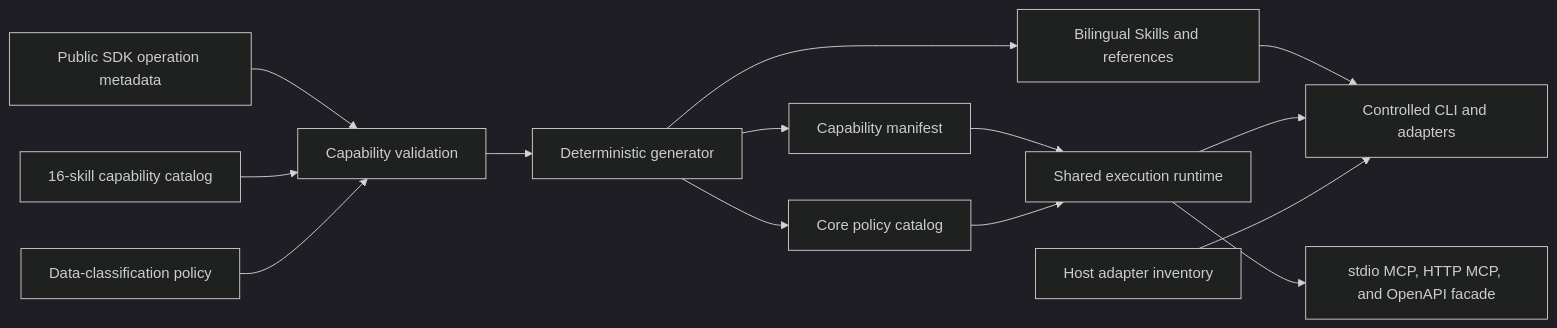
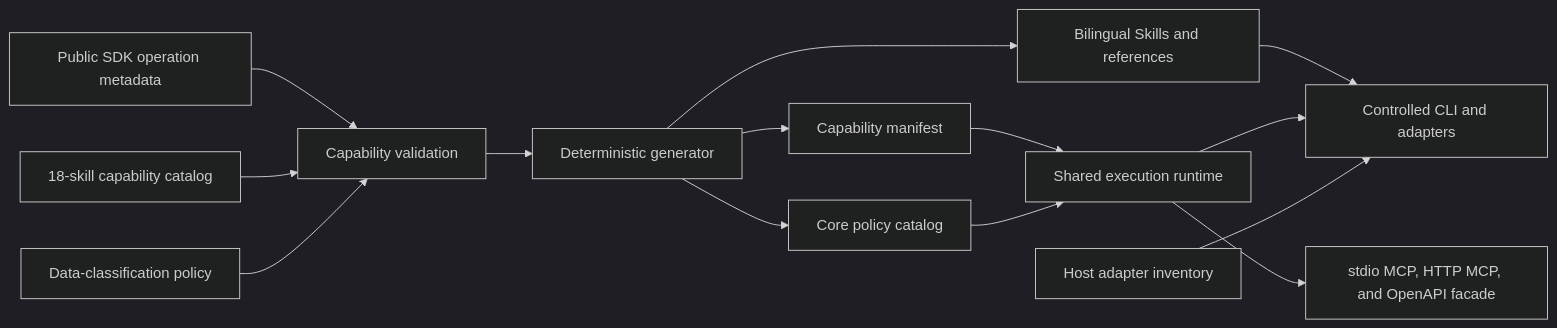
One commit to Unify-Port/UnifyPort-Agent-Skills changed the diagram in docs/architecture.md. Above: the diagram before and after it, drawn with Mermaid (dark theme). The commit also changed other lines of this file and 65 other files, not shown here.

````diff
--- a/docs/architecture.md
+++ b/docs/architecture.md
@@ -32,16 +32,16 @@
 ```mermaid
 flowchart LR
     A["Public SDK operation metadata"] --> D["Capability validation"]
-    B["16-skill capability catalog"] --> D
+    B["18-skill capability catalog"] --> D
     C["Data-classification policy"] --> D
     D --> E["Deterministic generator"]
     E --> F["Capability manifest"]
     E --> G["Core policy catalog"]
     E --> H["Bilingual Skills and references"]
     F --> I["Shared execution runtime"]
     G --> I
     H --> J["Controlled CLI and adapters"]
     I --> J
     I --> K["stdio MCP, HTTP MCP, and OpenAPI facade"]
     L["Host adapter inventory"] --> J
 ```
````
